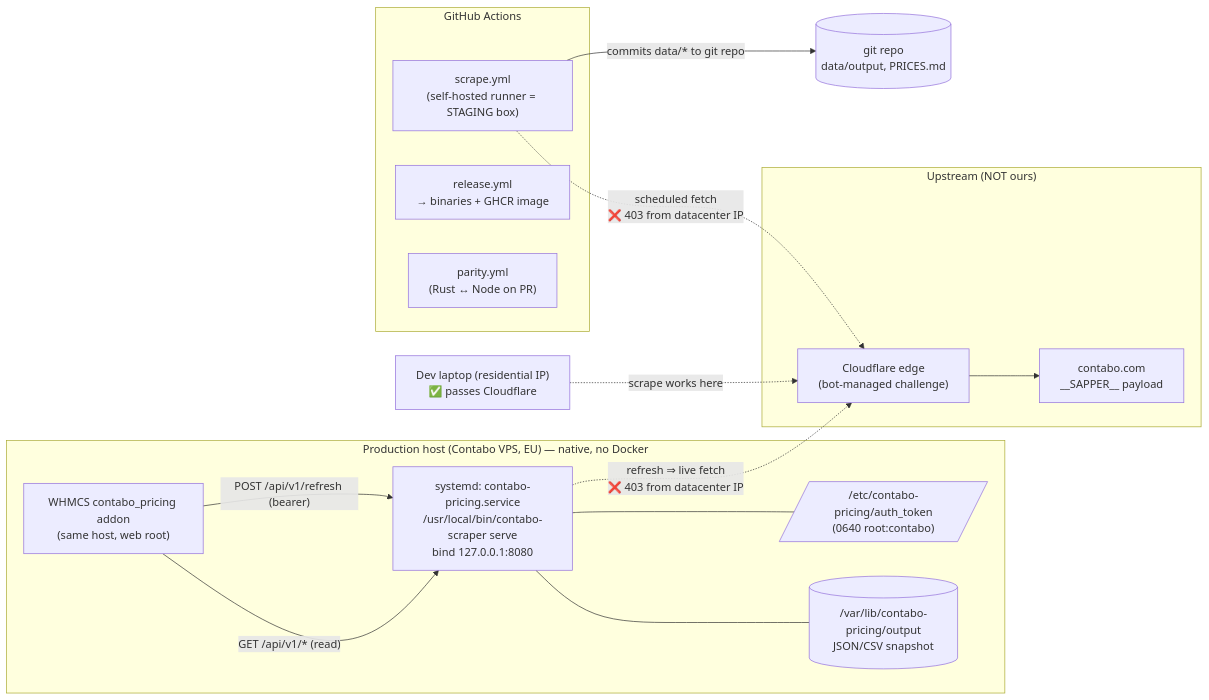
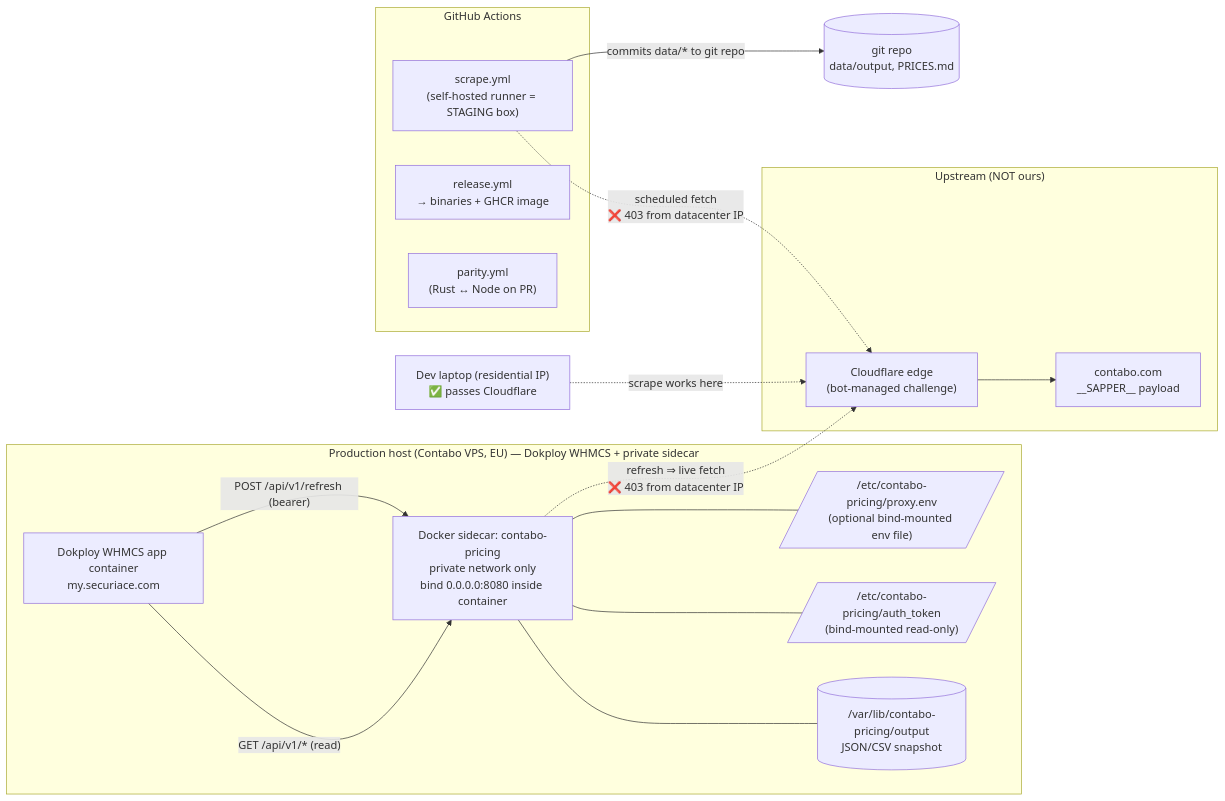
One commit to securiace-dev/contabo-pricing-scraper changed the first of 5 diagrams in README.md. Above: the diagram before and after it, drawn with Mermaid. The commit also changed other lines of this file and 20 other files, not shown here.

Commit message:
fix(contabo-pricing): harden admin workflow surfaces

````diff
--- a/README.md
+++ b/README.md
@@ -97,30 +97,32 @@
 ```mermaid
 flowchart LR
   subgraph UP["Upstream (NOT ours)"]
     CF["Cloudflare edge\n(bot-managed challenge)"]
     CB["contabo.com\n__SAPPER__ payload"]
     CF --> CB
   end
 
-  subgraph PROD["Production host (Contabo VPS, EU) — native, no Docker"]
-    SVC["systemd: contabo-pricing.service\n/usr/local/bin/contabo-scraper serve\nbind 127.0.0.1:8080"]
+  subgraph PROD["Production host (Contabo VPS, EU) — Dokploy WHMCS + private sidecar"]
+    SVC["Docker sidecar: contabo-pricing\nprivate network only\nbind 0.0.0.0:8080 inside container"]
     DATA[("/var/lib/contabo-pricing/output\nJSON/CSV snapshot")]
-    TOK[/"/etc/contabo-pricing/auth_token\n(0640 root:contabo)"/]
-    WH["WHMCS contabo_pricing addon\n(same host, web root)"]
+    TOK[/"/etc/contabo-pricing/auth_token\n(bind-mounted read-only)"/]
+    PROXY[/"/etc/contabo-pricing/proxy.env\n(optional bind-mounted env file)"/]
+    WH["Dokploy WHMCS app container\nmy.securiace.com"]
     SVC --- DATA
     SVC --- TOK
+    SVC --- PROXY
     WH -->|"GET /api/v1/* (read)"| SVC
     WH -->|"POST /api/v1/refresh (bearer)"| SVC
   end
 
   subgraph CI["GitHub Actions"]
     SCRAPE["scrape.yml\n(self-hosted runner = STAGING box)"]
     REL["release.yml\n→ binaries + GHCR image"]
     PAR["parity.yml\n(Rust ↔ Node on PR)"]
   end
 
   SVC -.->|"refresh ⇒ live fetch\n❌ 403 from datacenter IP"| CF
   SCRAPE -.->|"scheduled fetch\n❌ 403 from datacenter IP"| CF
   SCRAPE -->|"commits data/* to git repo"| GIT[("git repo\ndata/output, PRICES.md")]
   DEV["Dev laptop (residential IP)\n✅ passes Cloudflare"] -.->|"scrape works here"| CF
 ```
````
